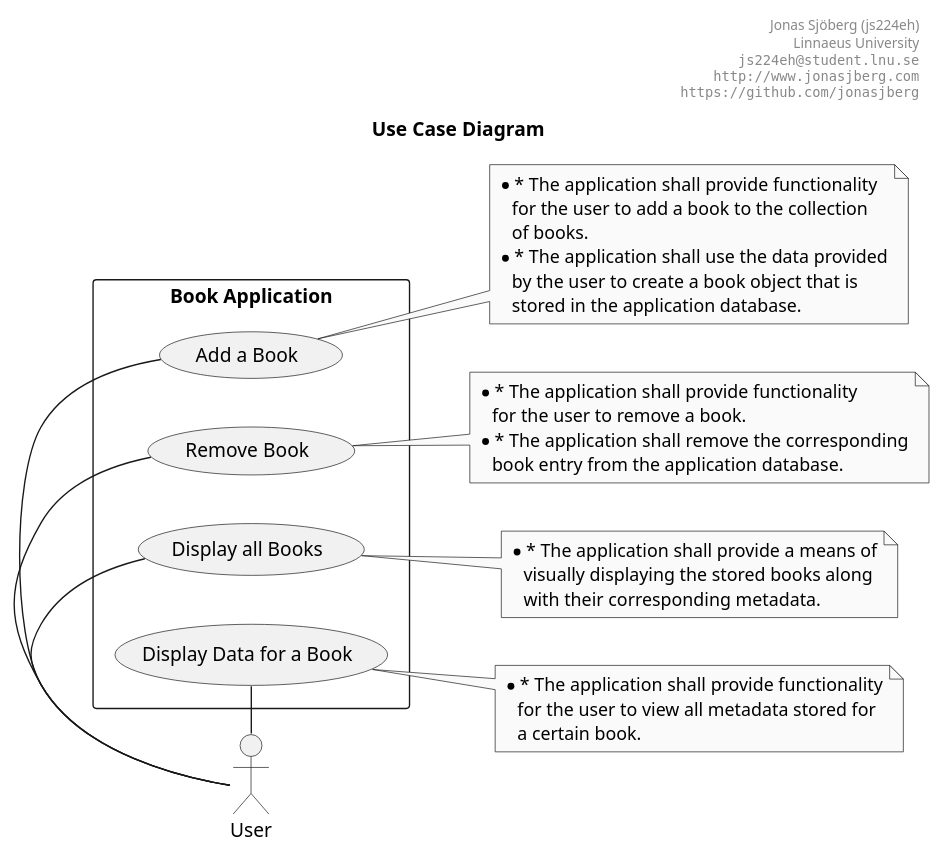
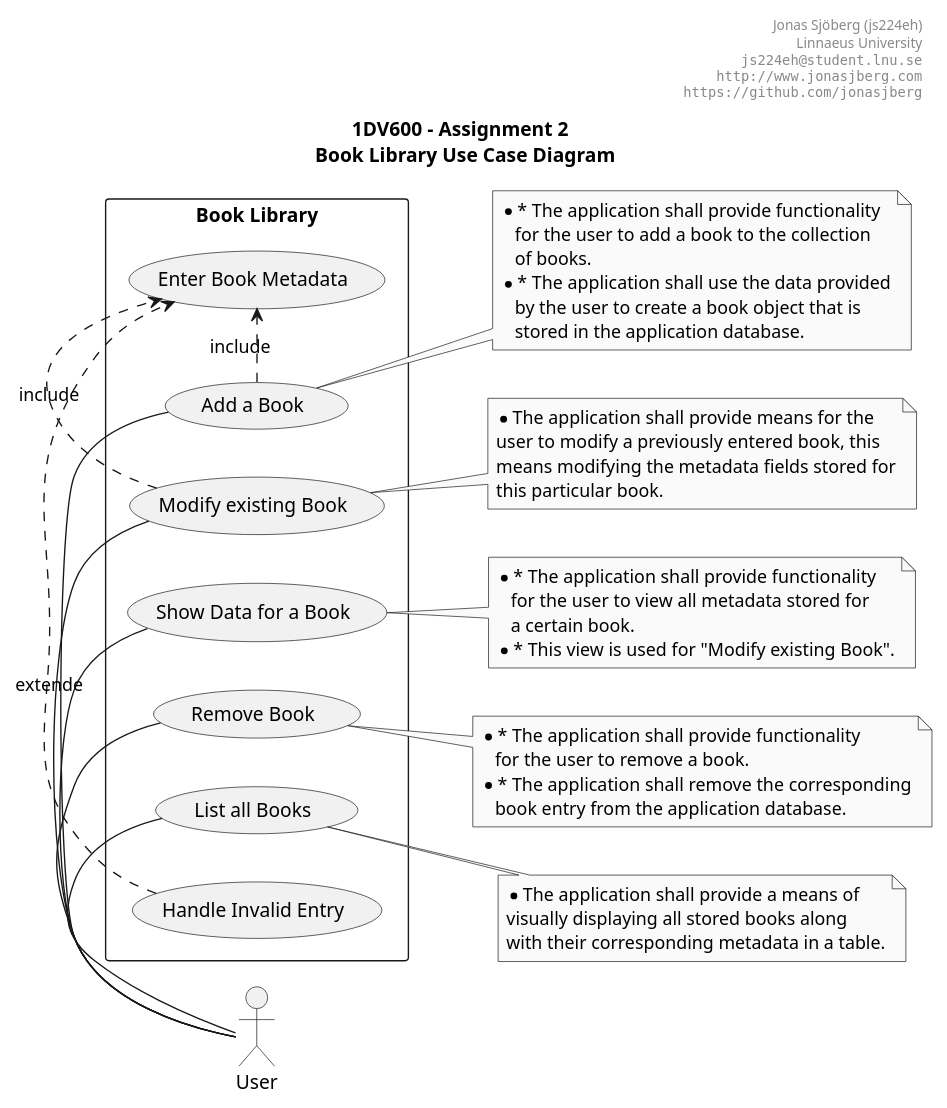
One commit to jonasjberg/1dv600_lab changed the diagram in doc/uml-use-case.puml. Above: the diagram before and after it, drawn with PlantUML.

Commit message:
Update UML use case diagram.

```diff
--- a/doc/uml-use-case.puml
+++ b/doc/uml-use-case.puml
@@ -7,71 +7,87 @@
 @startuml
 ' ______________________________________________________________________________
 ' ____ CONFIGURATION OPTIONS ___________________________________________________
 ' debug flag creates a 'svek.dot' and 'svek.svg' file in ~/
 ' !pragma svek_trace on
 
 skinparam {
     monochrome true
     backgroundColor transparent
     classBackgroundColor transparent
     'style strictuml
 }
 
 ' ______________________________________________________________________________
 ' ____ USECASE DIAGRAM _________________________________________________________
 
 header
 Jonas Sjöberg (js224eh)
 Linnaeus University
 ""js224eh@student.lnu.se""
 ""http://www.jonasjberg.com""
 ""https://github.com/jonasjberg""
 end header
 
-title Use Case Diagram
-
+title 1DV600 - Assignment 2 \n <b>Book Library Use Case Diagram</b>
 
 :User: as User
 
-rectangle "Book Application" {
-    (Add a Book)                                 as (AddBook)
-    (Remove Book)                                as (RemoveBook)
-    (Display all Books)                        as (DisplayBooks)
-    (Display Data for a Book)                    as (DisplayBookData)
+rectangle "Book Library" {
+    (Add a Book)                    as (AddBook)
+    (Remove Book)                   as (RemoveBook)
+    (Modify existing Book)          as (ModifyBook)
+    (Enter Book Metadata)           as (EnterMetadata)
+    (List all Books)                as (ListBooks)
+    (Show Data for a Book)          as (ShowBookData)
+    (Handle Invalid Entry)          as (HandleInvalidEntry)
 
     left to right direction
     User - AddBook
+    User - ModifyBook
+    User - ShowBookData
     User - RemoveBook
-    User - DisplayBooks
-    User - DisplayBookData
+    User - ListBooks
+
+    (HandleInvalidEntry) .> (EnterMetadata) : extende
+    (AddBook) .> (EnterMetadata) : include
+    (ModifyBook) .> (EnterMetadata) : include
+    ' (EnterMetadata) .> (ShowBookData) : include
 }
 
 note right of AddBook
 * * The application shall provide functionality
    for the user to add a book to the collection
    of books.
 * * The application shall use the data provided
    by the user to create a book object that is
    stored in the application database.
 end note
 
+note right of ModifyBook
+* The application shall provide means for the
+user to modify a previously entered book, this
+means modifying the metadata fields stored for
+this particular book.
+end note
+
 note right of RemoveBook
 * * The application shall provide functionality
    for the user to remove a book.
 * * The application shall remove the corresponding
    book entry from the application database.
 end note
 
-note right of DisplayBooks
-* * The application shall provide a means of
-   visually displaying the stored books along
-   with their corresponding metadata.
+note right of ListBooks
+* The application shall provide a means of
+visually displaying all stored books along
+with their corresponding metadata in a table.
 end note
 
-note right of DisplayBookData
+note right of ShowBookData
 * * The application shall provide functionality
    for the user to view all metadata stored for
    a certain book.
+* * This view is used for "Modify existing Book".
 end note
 
 @enduml
```
